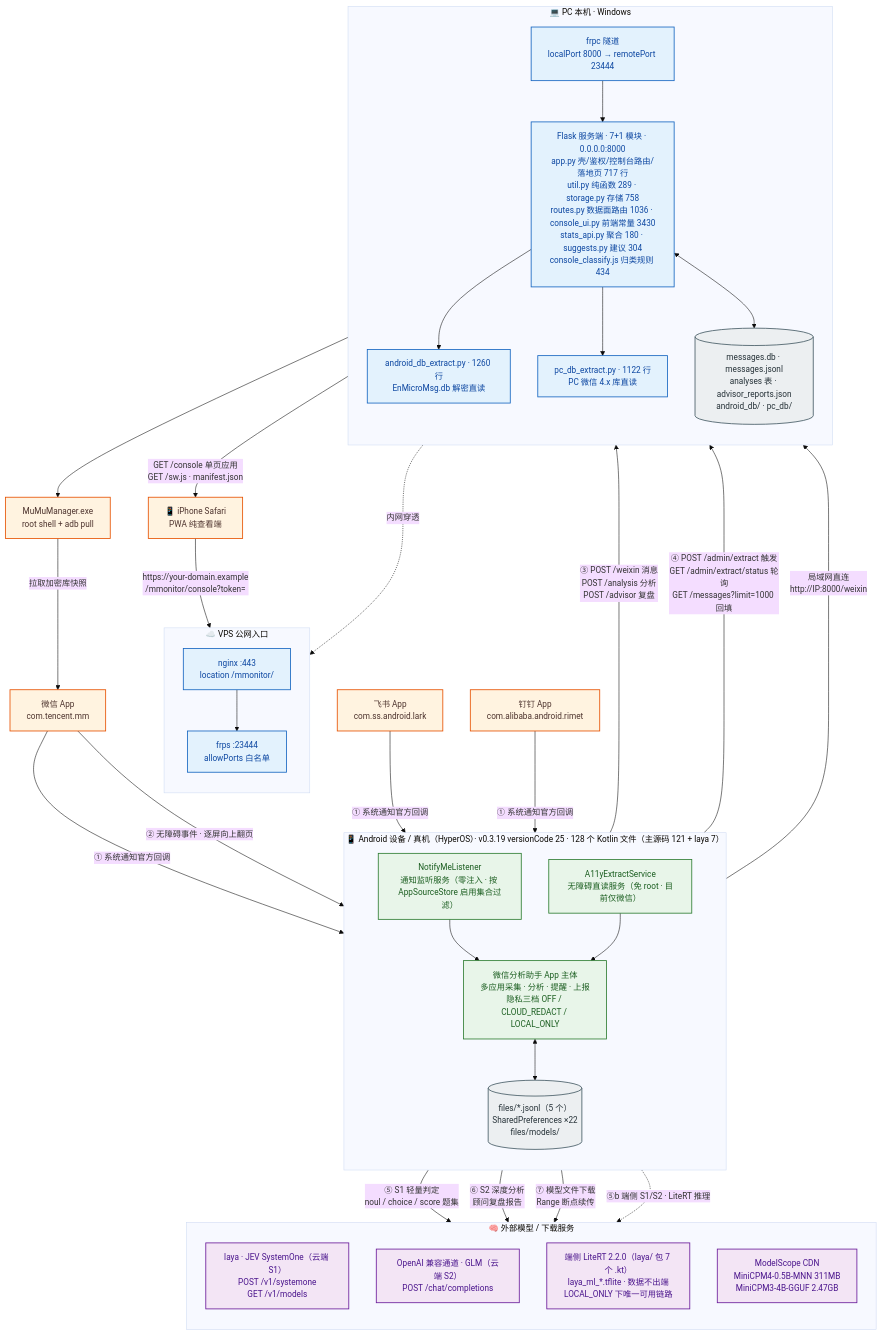
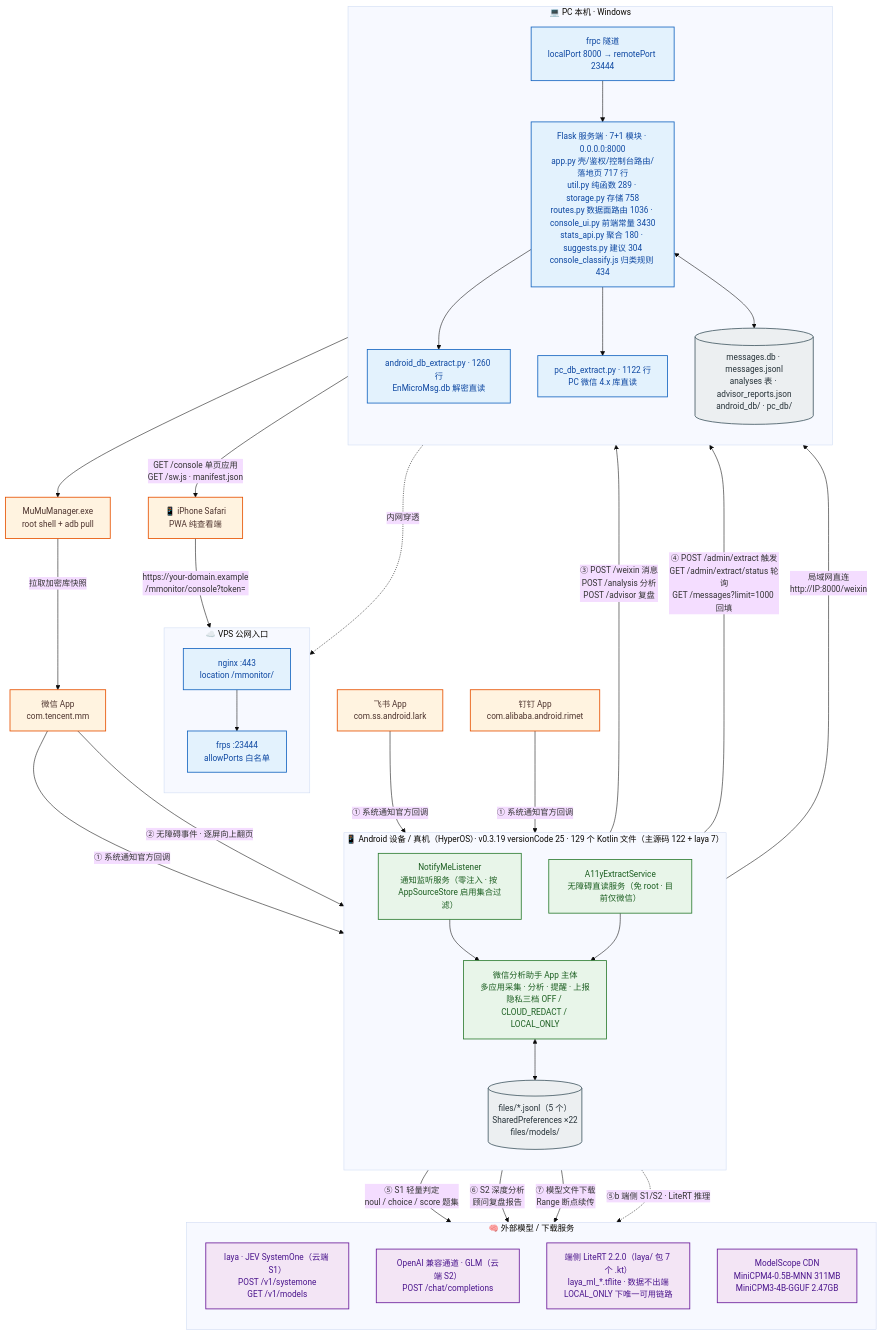
One commit to solidjoker/notifyme changed the diagram in docs/architecture/diagrams/01-system-context.mmd. Above: the diagram before and after it, drawn with Mermaid. The commit also changed 17 other files, not shown here.

```diff
--- a/docs/architecture/diagrams/01-system-context.mmd
+++ b/docs/architecture/diagrams/01-system-context.mmd
@@ -1,70 +1,70 @@
 %%{init: {'theme':'base','themeVariables':{'fontSize':'15px','fontFamily':'Microsoft YaHei, PingFang SC, sans-serif'},'flowchart':{'htmlLabels':true,'curve':'basis'}}}%%
 flowchart TB
     classDef ext  fill:#fff3e0,stroke:#e65100,stroke-width:1.5px,color:#4e342e
     classDef app  fill:#e8f5e9,stroke:#2e7d32,stroke-width:1.5px,color:#1b5e20
     classDef srv  fill:#e3f2fd,stroke:#1565c0,stroke-width:1.5px,color:#0d47a1
     classDef llm  fill:#f3e5f5,stroke:#6a1b9a,stroke-width:1.5px,color:#4a148c
     classDef store fill:#eceff1,stroke:#455a64,stroke-width:1.5px,color:#263238
 
     WX["微信 App<br/>com.tencent.mm"]:::ext
     FS["飞书 App<br/>com.ss.android.lark"]:::ext
     DT["钉钉 App<br/>com.alibaba.android.rimet"]:::ext
 
-    subgraph DEV["📱 Android 设备 / 真机（HyperOS）· v0.3.19 versionCode 25 · 128 个 Kotlin 文件（主源码 121 + laya 7）"]
+    subgraph DEV["📱 Android 设备 / 真机（HyperOS）· v0.3.19 versionCode 25 · 129 个 Kotlin 文件（主源码 122 + laya 7）"]
         direction TB
         NL["NotifyMeListener<br/>通知监听服务（零注入 · 按 AppSourceStore 启用集合过滤）"]:::app
         A11Y["A11yExtractService<br/>无障碍直读服务（免 root · 目前仅微信）"]:::app
         CORE["微信分析助手 App 主体<br/>多应用采集 · 分析 · 提醒 · 上报<br/>隐私三档 OFF / CLOUD_REDACT / LOCAL_ONLY"]:::app
         STORE[("files/*.jsonl（5 个）<br/>SharedPreferences ×22<br/>files/models/")]:::store
         NL --> CORE
         A11Y --> CORE
         CORE <--> STORE
     end
 
     subgraph HOST["💻 PC 本机 · Windows"]
         direction TB
         FLASK["Flask 服务端 · 7+1 模块 · 0.0.0.0:8000<br/>app.py 壳/鉴权/控制台路由/落地页 717 行<br/>util.py 纯函数 289 · storage.py 存储 758<br/>routes.py 数据面路由 1036 · console_ui.py 前端常量 3430<br/>stats_api.py 聚合 180 · suggests.py 建议 304<br/>console_classify.js 归类规则 434"]:::srv
         ADBEX["android_db_extract.py · 1260 行<br/>EnMicroMsg.db 解密直读"]:::srv
         PCEX["pc_db_extract.py · 1122 行<br/>PC 微信 4.x 库直读"]:::srv
         DB[("messages.db · messages.jsonl<br/>analyses 表 · advisor_reports.json<br/>android_db/ · pc_db/")]:::store
         FRPC["frpc 隧道<br/>localPort 8000 → remotePort 23444"]:::srv
         FLASK --> ADBEX
         FLASK --> PCEX
         FLASK <--> DB
         FRPC --> FLASK
     end
 
     subgraph VPS["☁️ VPS 公网入口"]
         direction TB
         NGINX["nginx :443<br/>location /mmonitor/"]:::srv
         FRPS["frps :23444<br/>allowPorts 白名单"]:::srv
         NGINX --> FRPS
     end
 
     subgraph AI["🧠 外部模型 / 下载服务"]
         direction TB
         LAYA["laya · JEV SystemOne（云端 S1）<br/>POST /v1/systemone<br/>GET /v1/models"]:::llm
         GLM["OpenAI 兼容通道 · GLM（云端 S2）<br/>POST /chat/completions"]:::llm
         LITE["端侧 LiteRT 2.2.0（laya/ 包 7 个 .kt）<br/>laya_ml_*.tflite · 数据不出端<br/>LOCAL_ONLY 下唯一可用链路"]:::llm
         MS["ModelScope CDN<br/>MiniCPM4-0.5B-MNN 311MB<br/>MiniCPM3-4B-GGUF 2.47GB"]:::llm
     end
 
     MUMU["MuMuManager.exe<br/>root shell + adb pull"]:::ext
     IPHONE["📱 iPhone Safari<br/>PWA 纯查看端"]:::ext
 
     WX -->|"① 系统通知官方回调"| NL
     FS -->|"① 系统通知官方回调"| NL
     DT -->|"① 系统通知官方回调"| NL
     WX -->|"② 无障碍事件 · 逐屏向上翻页"| A11Y
     CORE -->|"③ POST /weixin 消息<br/>POST /analysis 分析<br/>POST /advisor 复盘"| FLASK
     CORE -->|"④ POST /admin/extract 触发<br/>GET /admin/extract/status 轮询<br/>GET /messages?limit=1000 回填"| FLASK
     CORE -->|"⑤ S1 轻量判定<br/>noul / choice / score 题集"| LAYA
     CORE -->|"⑥ S2 深度分析<br/>顾问复盘报告"| GLM
     CORE -->|"⑦ 模型文件下载<br/>Range 断点续传"| MS
     CORE -.->|"⑤b 端侧 S1/S2 · LiteRT 推理"| LITE
     ADBEX --> MUMU
     MUMU -->|"拉取加密库快照"| WX
     CORE -->|"局域网直连<br/>http://IP:8000/weixin"| FLASK
     FRPC -.->|"内网穿透"| FRPS
     IPHONE -->|"https://your-domain.example<br/>/mmonitor/console?token="| NGINX
     FLASK -->|"GET /console 单页应用<br/>GET /sw.js · manifest.json"| IPHONE
```
